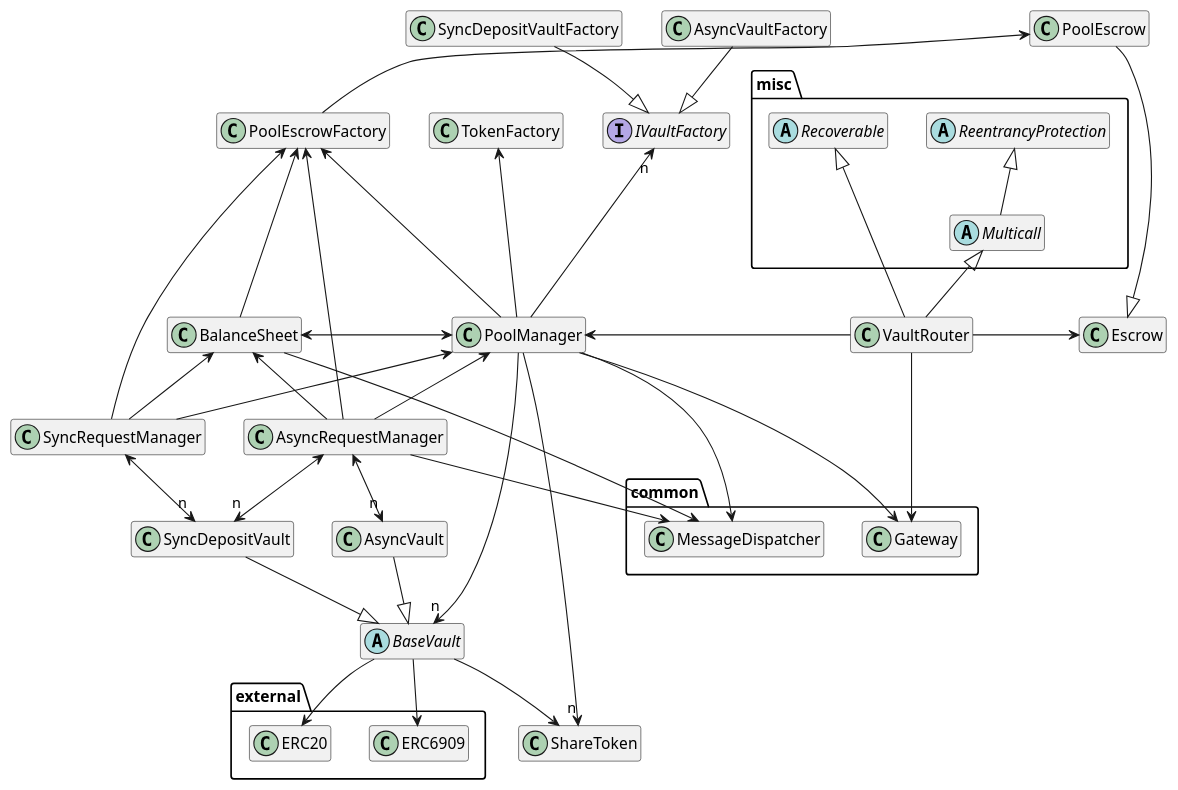
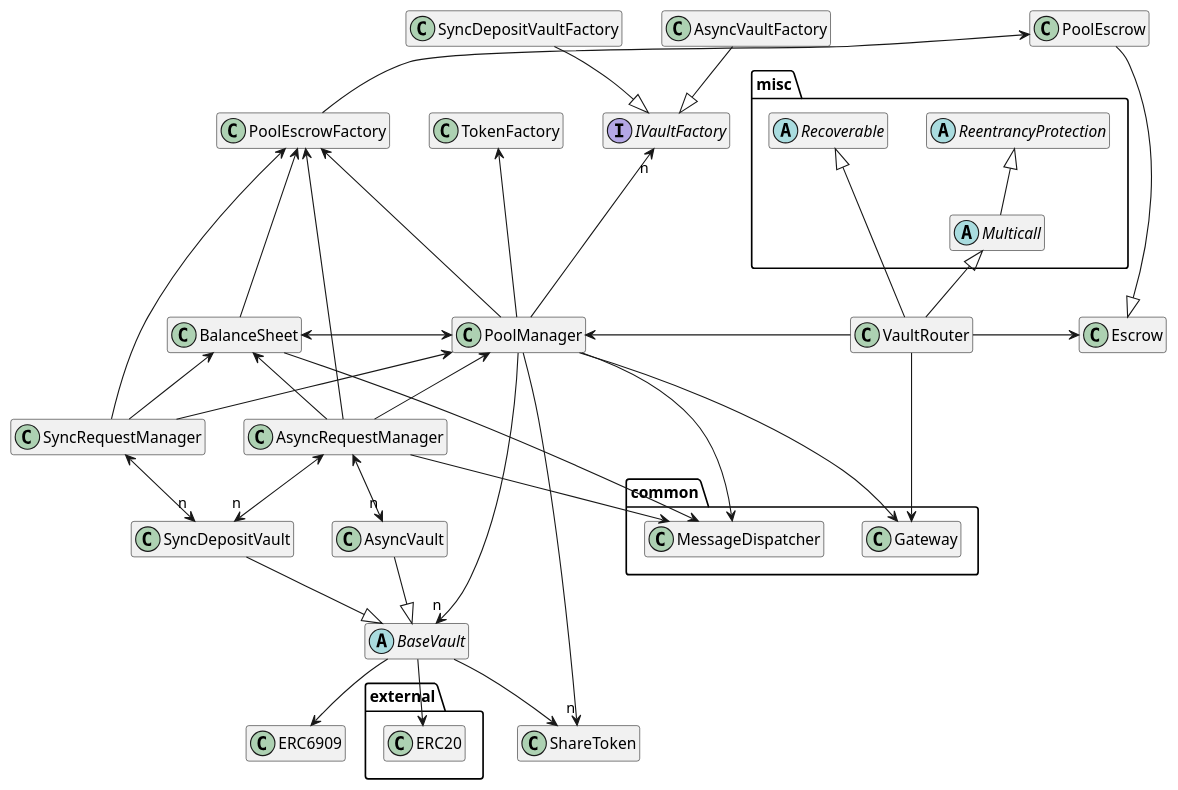
The diagram in docs/architecture/vaults/overview.puml (centrifuge/protocol), drawn with PlantUML before and after one commit. The commit also changed 1 other file, not shown here.

```diff
--- a/docs/architecture/vaults/overview.puml
+++ b/docs/architecture/vaults/overview.puml
@@ -1,88 +1,87 @@
 @startuml
 hide empty members
 
 package misc {
     abstract Multicall
     abstract ReentrancyProtection
     abstract Recoverable
 }
 
 package common {
     class Gateway
     class MessageDispatcher
 }
 
 package external {
     class ERC20
-    class ERC6909
 }
 
 class PoolManager
 
 class AsyncRequestManager
 class SyncRequestManager
 
 class AsyncVault
 class SyncDepositVault
 
 class Escrow
 class PoolEscrow
 
 class ShareToken
 
 class BalanceSheet
 class VaultRouter
 
 interface IVaultFactory
 abstract BaseVault
 
 class AsyncVaultFactory
 class PoolEscrowFactory
 class SyncDepositVaultFactory
 class TokenFactory
 
 AsyncVaultFactory --|> IVaultFactory
 SyncDepositVaultFactory --|> IVaultFactory
 
 PoolManager --up-> TokenFactory
 PoolManager --up-> PoolEscrowFactory
 PoolManager --up->"n" IVaultFactory
 PoolManager <-left-> BalanceSheet
 PoolManager --down->"n" ShareToken
 PoolManager ---down->"n" BaseVault
 PoolManager --> Gateway
 PoolManager --> MessageDispatcher
 
 BalanceSheet -up--> PoolEscrowFactory
 BalanceSheet --> MessageDispatcher
 
 SyncRequestManager <-down->"n" SyncDepositVault
 SyncRequestManager -up-> PoolManager
 SyncRequestManager -up-> PoolEscrowFactory
 SyncRequestManager -up-> BalanceSheet
 SyncDepositVault --|> BaseVault
 
 AsyncRequestManager <-down->"n" AsyncVault
 AsyncRequestManager <-down->"n" SyncDepositVault
 AsyncRequestManager -up-> PoolManager
 AsyncRequestManager -up-> BalanceSheet
 AsyncRequestManager -up-> PoolEscrowFactory
 AsyncRequestManager --> MessageDispatcher
 
 VaultRouter -left-> PoolManager
 VaultRouter -right-> Escrow
 
 PoolEscrowFactory -up-> PoolEscrow
 PoolEscrow --|> Escrow
 
 BaseVault --> ShareToken
 BaseVault --> ERC20
 BaseVault --> ERC6909
 AsyncVault --|> BaseVault
 
 VaultRouter --> Gateway
 VaultRouter -up-|> Multicall
 VaultRouter -up-|> Recoverable
 Multicall -up-|> ReentrancyProtection
 
 @enduml
```
